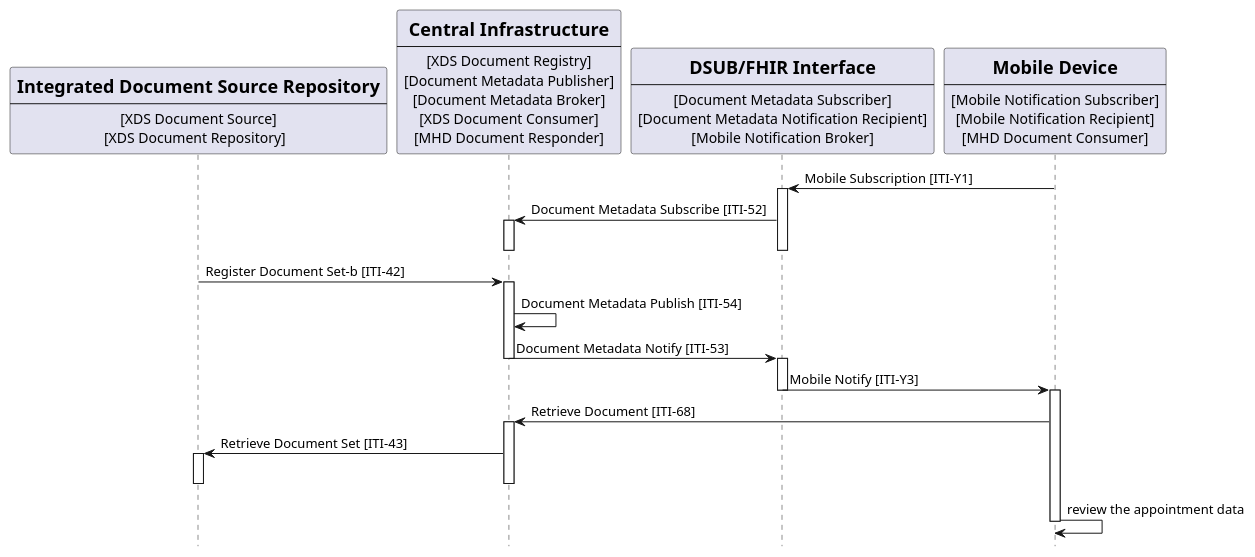
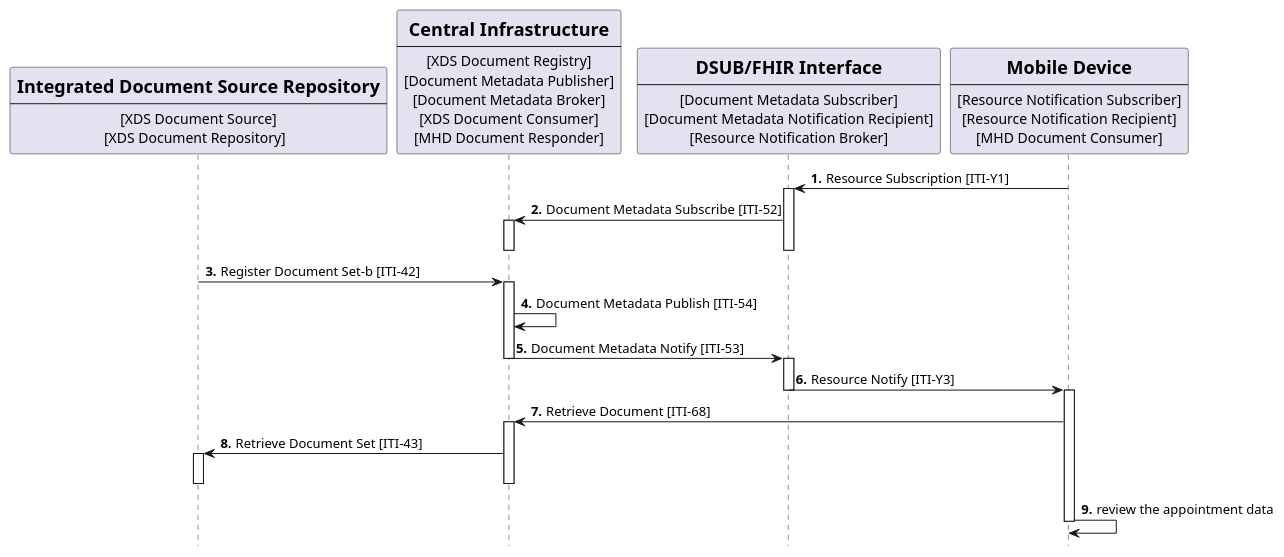
The diagram in input/images-source/usecase4-processflow.plantuml (IHE/ITI.DSUBm), drawn with PlantUML before and after one commit. The commit also changed 9 other files, not shown here.

```diff
--- a/input/images-source/usecase4-processflow.plantuml
+++ b/input/images-source/usecase4-processflow.plantuml
@@ -1,65 +1,66 @@
 @startuml
 skinparam svgDimensionStyle false
 hide footbox
 /'title "Subscription with DSUBm on DSUB on FHIR infrastructure from Mobile Device" '/
 participant Repository [
     =Integrated Document Source Repository
     ----
     [XDS Document Source]
     [XDS Document Repository]  
 ] 
 
 participant Central [
     =Central Infrastructure
     ----
     [XDS Document Registry]
     [Document Metadata Publisher]
     [Document Metadata Broker]
     [XDS Document Consumer]
     [MHD Document Responder]
 ] 
 
 participant DSUBonFHIR [
     =DSUB/FHIR Interface
     ----
     [Document Metadata Subscriber]
     [Document Metadata Notification Recipient]
-    [Mobile Notification Broker]
+    [Resource Notification Broker]
     ] 
 
 participant MobDevice [
     =Mobile Device
     ----
-    [Mobile Notification Subscriber]
-    [Mobile Notification Recipient]
+    [Resource Notification Subscriber]
+    [Resource Notification Recipient]
     [MHD Document Consumer]
 ] 
 
-MobDevice -> DSUBonFHIR: Mobile Subscription [ITI-Y1]
+autonumber 1 "<b>."
+MobDevice -> DSUBonFHIR: Resource Subscription [ITI-Y1]
 activate DSUBonFHIR
 DSUBonFHIR -> Central: Document Metadata Subscribe [ITI-52]
 activate Central
 deactivate Central
 deactivate DSUBonFHIR
 
 Repository -> Central: Register Document Set-b [ITI-42]
 activate Central
 Central -> Central:  Document Metadata Publish [ITI-54]
 Central -> DSUBonFHIR: Document Metadata Notify [ITI-53]
 deactivate Central
 
 activate DSUBonFHIR
-DSUBonFHIR -> MobDevice: Mobile Notify [ITI-Y3]
+DSUBonFHIR -> MobDevice: Resource Notify [ITI-Y3]
 deactivate DSUBonFHIR
 activate MobDevice
 MobDevice -> Central: Retrieve Document [ITI-68]
 activate Central
 Central -> Repository: Retrieve Document Set [ITI-43]
 activate Repository
 deactivate Repository
 deactivate Central
 MobDevice -> MobDevice: review the appointment data
 deactivate MobDevice
 
 
 @enduml
```
